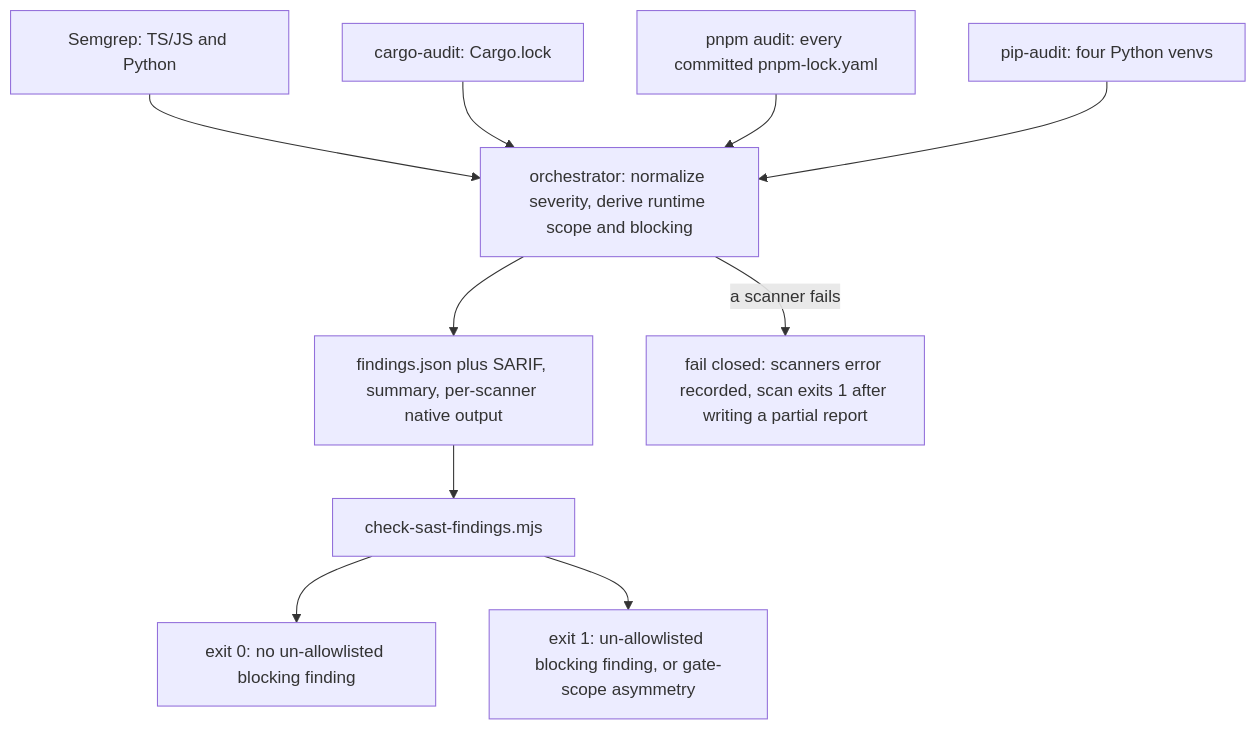
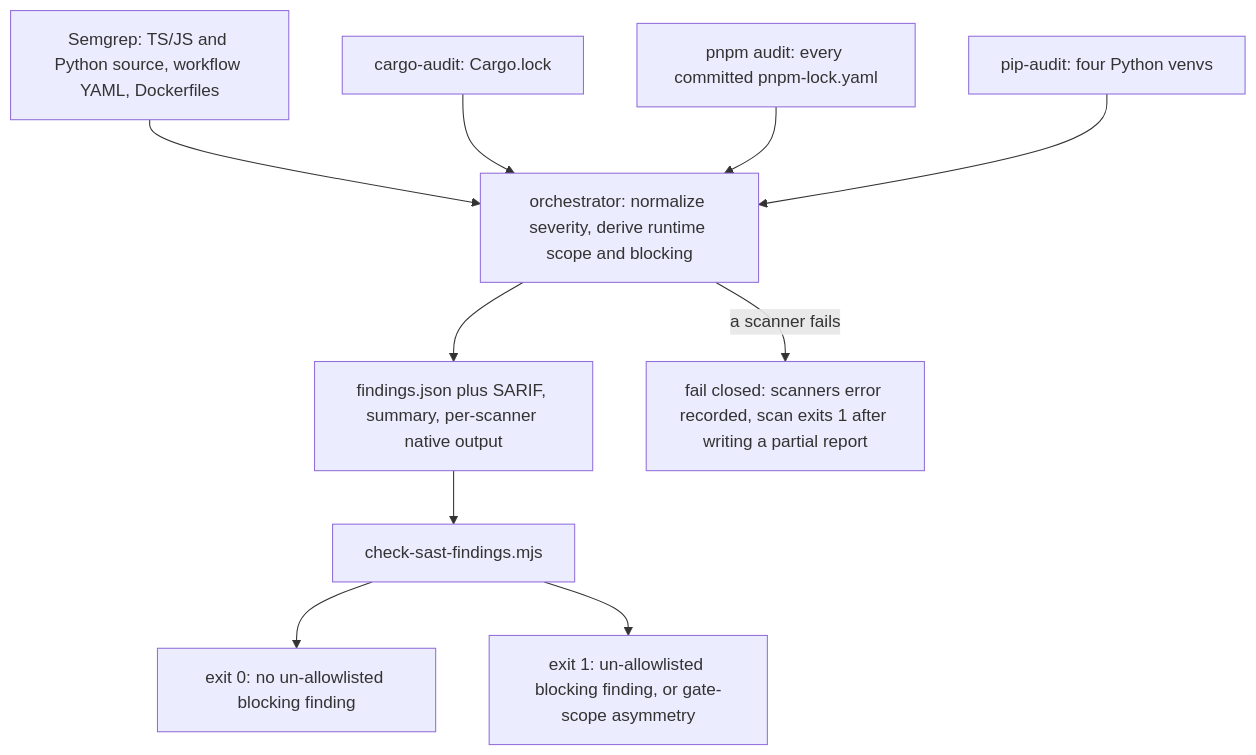
One commit to jumbleknot/MovieCollectionManager changed the first of 2 diagrams in openwiki/projects/sast.md. Above: the diagram before and after it, drawn with Mermaid. The commit also changed other lines of this file and 11 other files, not shown here.

````diff
--- a/openwiki/projects/sast.md
+++ b/openwiki/projects/sast.md
@@ -99,12 +99,12 @@
 ```mermaid
 flowchart TD
-  S1["Semgrep: TS/JS and Python"] --> N
+  S1["Semgrep: TS/JS and Python source, workflow YAML, Dockerfiles"] --> N
   S2["cargo-audit: Cargo.lock"] --> N
   S3["pnpm audit: every committed pnpm-lock.yaml"] --> N
   S4["pip-audit: four Python venvs"] --> N
   N["orchestrator: normalize severity, derive runtime scope and blocking"] --> F["findings.json plus SARIF, summary, per-scanner native output"]
   N -->|a scanner fails| FC["fail closed: scanners error recorded, scan exits 1 after writing a partial report"]
   F --> G["check-sast-findings.mjs"]
   G --> P["exit 0: no un-allowlisted blocking finding"]
   G --> X["exit 1: un-allowlisted blocking finding, or gate-scope asymmetry"]
 ```
````
